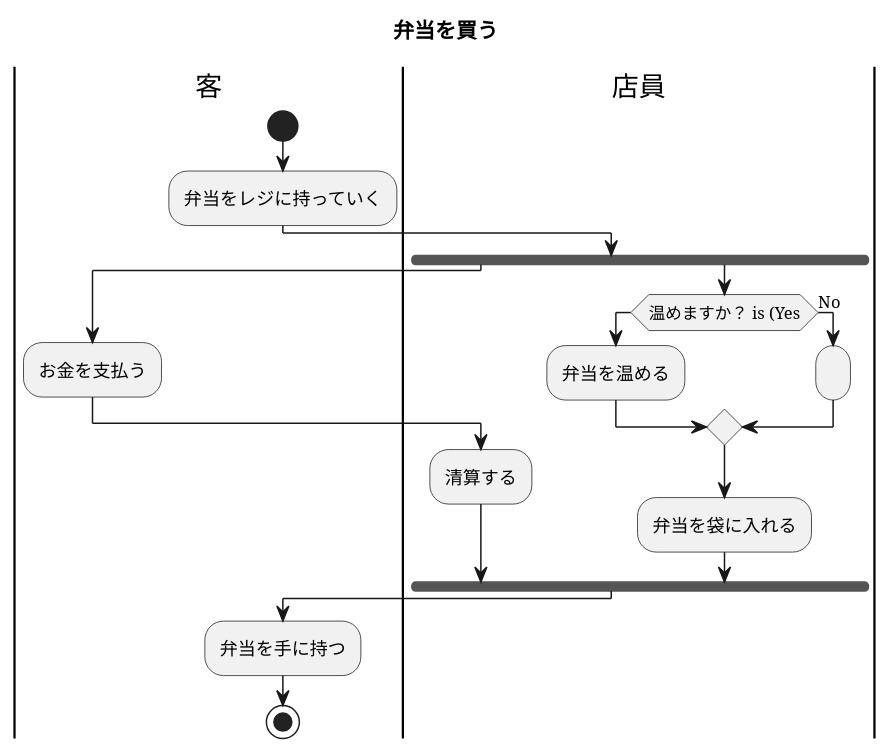
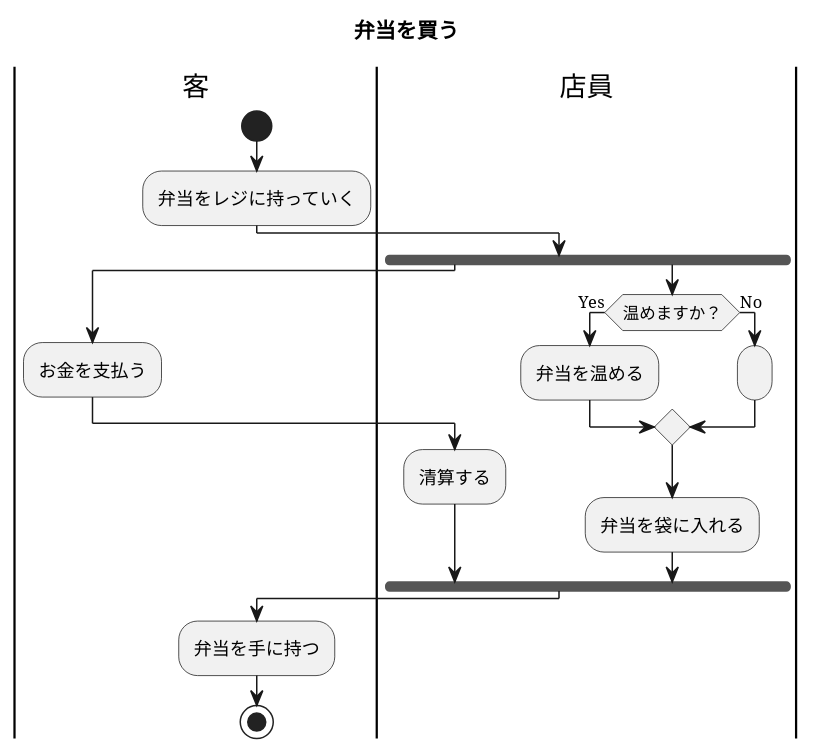
Before and after one commit to koha0516/uml-introduction: the diagram in 図7-10_AC_コンビニで弁当買う.pu, drawn with PlantUML.

```diff
--- a/図7-10_AC_コンビニで弁当買う.pu
+++ b/図7-10_AC_コンビニで弁当買う.pu
@@ -1,24 +1,24 @@
 @startuml 弁当を買う
 title 弁当を買う
 |客|
 start
 :弁当をレジに持っていく;
 |店員|
 fork
 |客|
 :お金を支払う;
 |店員|
 :清算する;
 fork again
 |店員|
-if (温めますか？ is (Yes) then
+if (温めますか？) is (Yes) then
 :弁当を温める;
 else (No)
 :;
 endIf
 :弁当を袋に入れる;
 end fork
 |客|
 :弁当を手に持つ;
 stop
 @enduml
```
